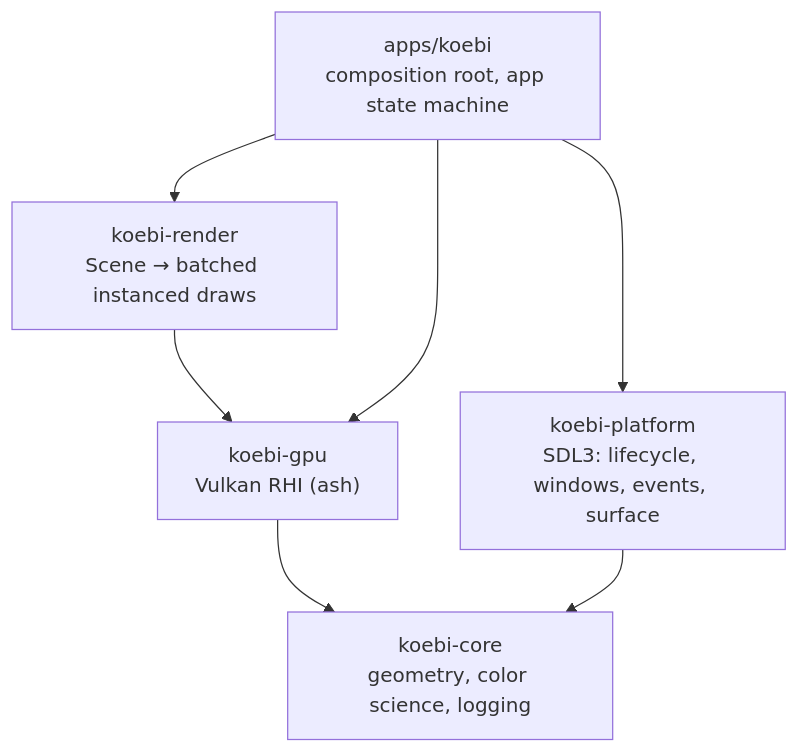
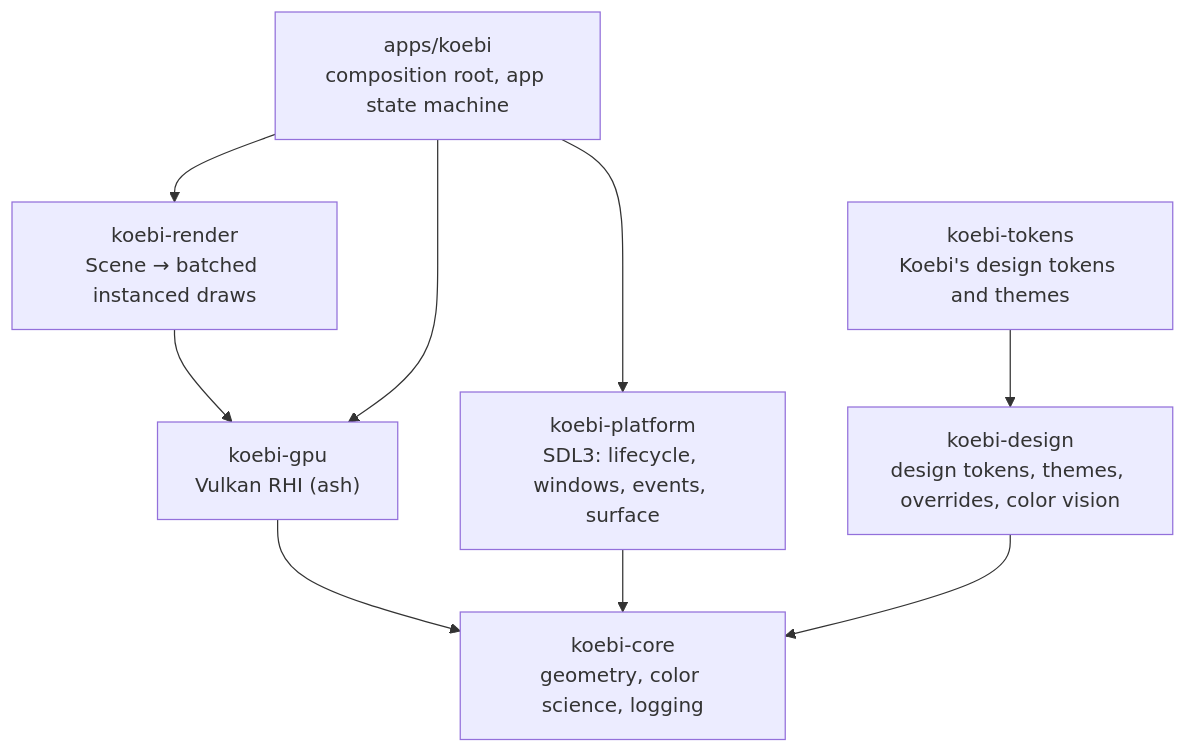
Before and after one commit to Kolosta/Koebi: the first of 2 diagrams in docs/architecture/overview.md, drawn with Mermaid. The commit also changed other lines of this file and 60 other files, not shown here.

Commit message:
feat(design): add the design token engine and Koebi's token set (#49)

````diff
--- a/docs/architecture/overview.md
+++ b/docs/architecture/overview.md
@@ -8,11 +8,14 @@
 ```mermaid
 flowchart TD
     app["apps/koebi<br/>composition root, app state machine"]
     render["koebi-render<br/>Scene → batched instanced draws"]
     gpu["koebi-gpu<br/>Vulkan RHI (ash)"]
     platform["koebi-platform<br/>SDL3: lifecycle, windows, events, surface"]
+    tokens["koebi-tokens<br/>Koebi's design tokens and themes"]
+    design["koebi-design<br/>design tokens, themes, overrides, color vision"]
     core["koebi-core<br/>geometry, color science, logging"]
     app --> render --> gpu --> core
     app --> platform --> core
     app --> gpu
+    tokens --> design --> core
 ```
````
